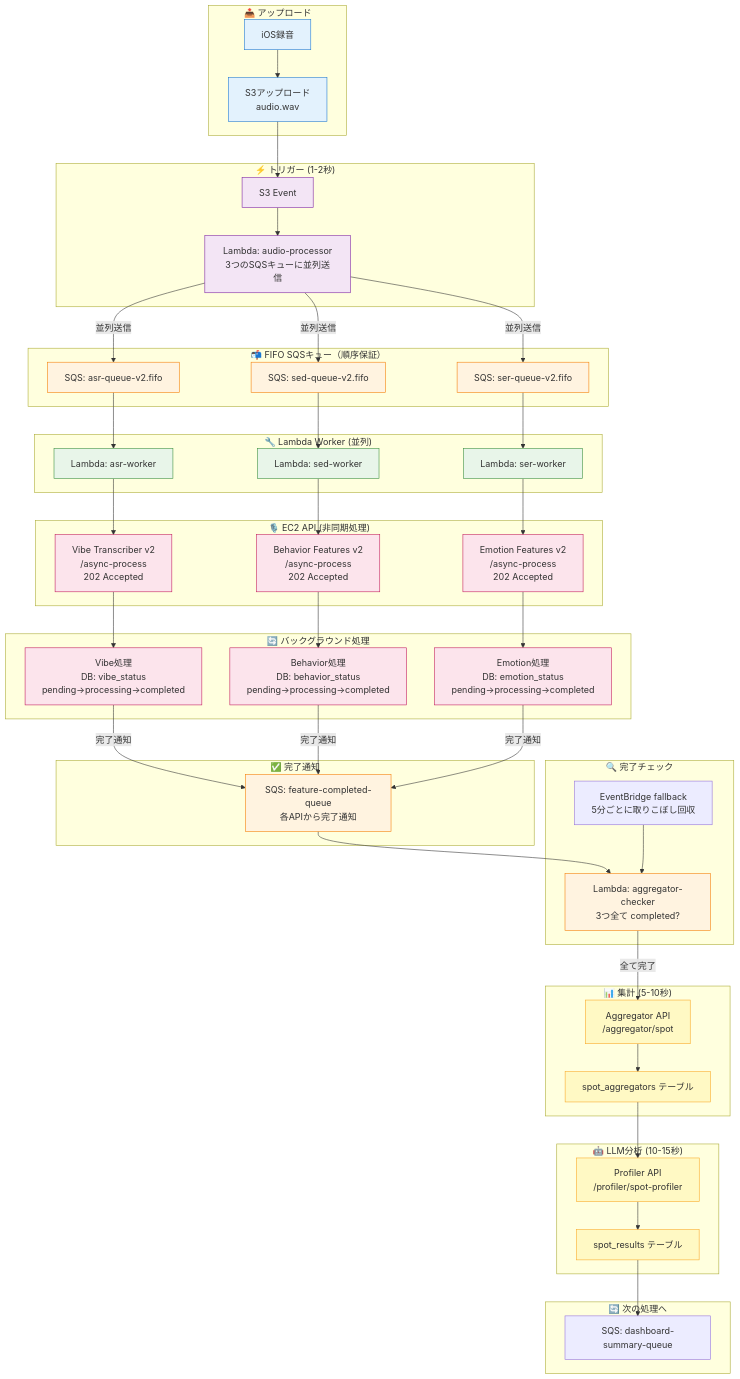
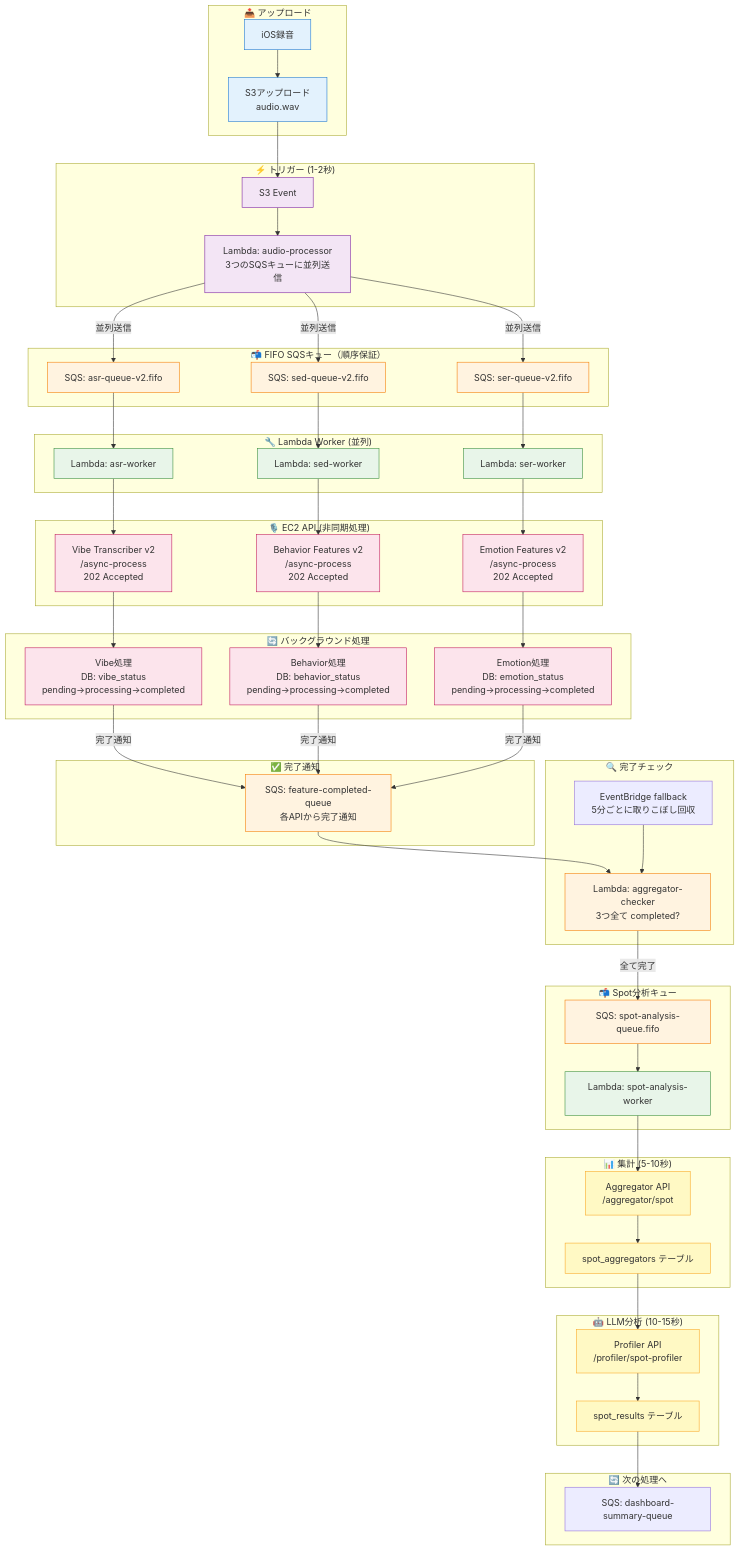
Before and after one commit to hey-watchme/server-configs: the first of 3 diagrams in docs/PROCESSING_ARCHITECTURE.md, drawn with Mermaid. The commit also changed other lines of this file and 6 other files, not shown here.

Commit message:
Queue spot analysis behind aggregator checker

````diff
--- a/docs/PROCESSING_ARCHITECTURE.md
+++ b/docs/PROCESSING_ARCHITECTURE.md
@@ -90,6 +90,11 @@
         J2[EventBridge fallback<br/>5分ごとに取りこぼし回収]
     end
 
+    subgraph SpotQueue["📬 Spot分析キュー"]
+        J3[SQS: spot-analysis-queue.fifo]
+        J4[Lambda: spot-analysis-worker]
+    end
+
     subgraph Aggregation["📊 集計 (5-10秒)"]
         K[Aggregator API<br/>/aggregator/spot]
         L[spot_aggregators テーブル]
@@ -119,7 +124,7 @@
 
     I --> J
     J2 --> J
-    J -->|全て完了| K --> L --> M --> N --> O
+    J -->|全て完了| J3 --> J4 --> K --> L --> M --> N --> O
 
     classDef uploadStyle fill:#e3f2fd,stroke:#1976d2
     classDef triggerStyle fill:#f3e5f5,stroke:#7b1fa2
@@ -134,5 +139,7 @@
     class F1,F2,F3 workerStyle
     class G1,G2,G3,H1,H2,H3 apiStyle
     class I,J queueStyle
+    class J3 queueStyle
+    class J4 workerStyle
     class K,L,M,N aggStyle
 ```
````
